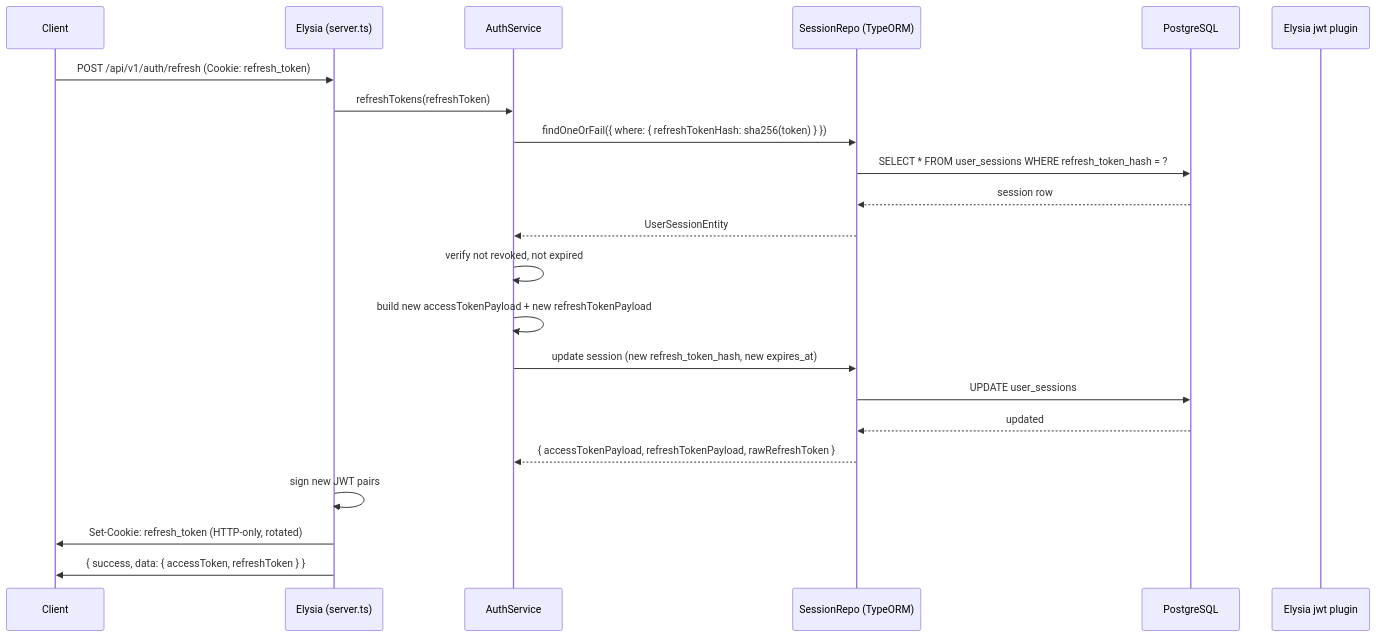
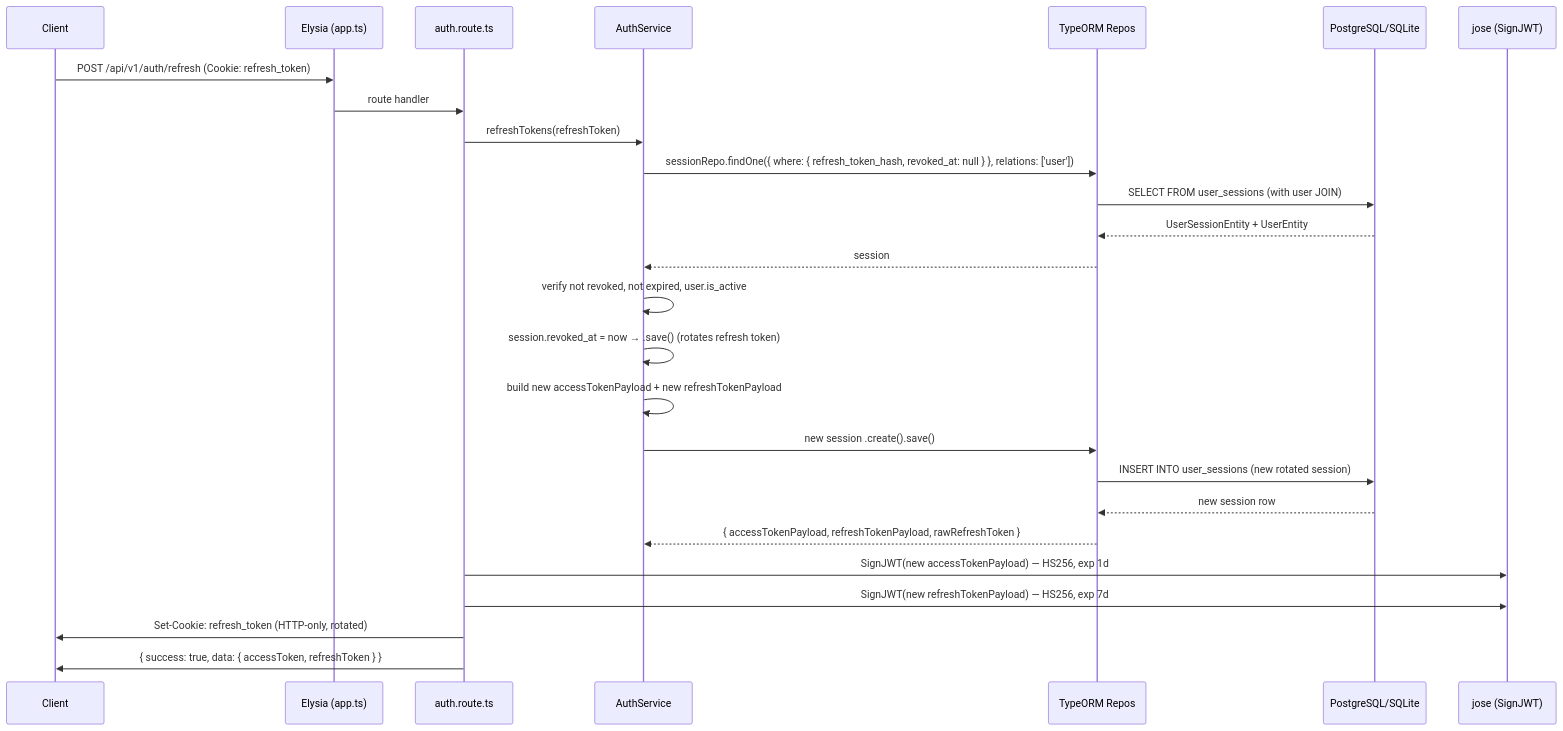
The fifth of 8 diagrams in DESIGN.md (GabrielTenma/apollo-bun), drawn with Mermaid before and after one commit. The commit also changed other lines of this file and 6 other files, not shown here.

````diff
--- a/DESIGN.md
+++ b/DESIGN.md
@@ -265,26 +282,30 @@
 ```mermaid
 sequenceDiagram
     participant C as Client
-    participant App as Elysia (server.ts)
+    participant App as Elysia (app.ts)
+    participant AR as auth.route.ts
     participant AS as AuthService
-    participant Repo as SessionRepo (TypeORM)
-    participant DB as PostgreSQL
-    participant JWT as Elysia jwt plugin
+    participant Repo as TypeORM Repos
+    participant DB as PostgreSQL/SQLite
+    participant JWT as jose (SignJWT)
 
     C->>App: POST /api/v1/auth/refresh (Cookie: refresh_token)
-    App->>AS: refreshTokens(refreshToken)
-    AS->>Repo: findOneOrFail({ where: { refreshTokenHash: sha256(token) } })
-    Repo->>DB: SELECT * FROM user_sessions WHERE refresh_token_hash = ?
-    DB-->>Repo: session row
-    Repo-->>AS: UserSessionEntity
-    AS->>AS: verify not revoked, not expired
+    App->>AR: route handler
+    AR->>AS: refreshTokens(refreshToken)
+    AS->>Repo: sessionRepo.findOne({ where: { refresh_token_hash, revoked_at: null } }, relations: ['user'])
+    Repo->>DB: SELECT FROM user_sessions (with user JOIN)
+    DB-->>Repo: UserSessionEntity + UserEntity
+    Repo-->>AS: session
+    AS->>AS: verify not revoked, not expired, user.is_active
+    AS->>AS: session.revoked_at = now → .save() (rotates refresh token)
     AS->>AS: build new accessTokenPayload + new refreshTokenPayload
-    AS->>Repo: update session (new refresh_token_hash, new expires_at)
-    Repo->>DB: UPDATE user_sessions
-    DB-->>Repo: updated
+    AS->>Repo: new session .create().save()
+    Repo->>DB: INSERT INTO user_sessions (new rotated session)
+    DB-->>Repo: new session row
     Repo-->>AS: { accessTokenPayload, refreshTokenPayload, rawRefreshToken }
 
-    App->>App: sign new JWT pairs
-    App->>C: Set-Cookie: refresh_token (HTTP-only, rotated)
-    App->>C: { success, data: { accessToken, refreshToken } }
+    AR->>JWT: SignJWT(new accessTokenPayload) — HS256, exp 1d
+    AR->>JWT: SignJWT(new refreshTokenPayload) — HS256, exp 7d
+    AR->>C: Set-Cookie: refresh_token (HTTP-only, rotated)
+    AR->>C: { success: true, data: { accessToken, refreshToken } }
 ```
````
